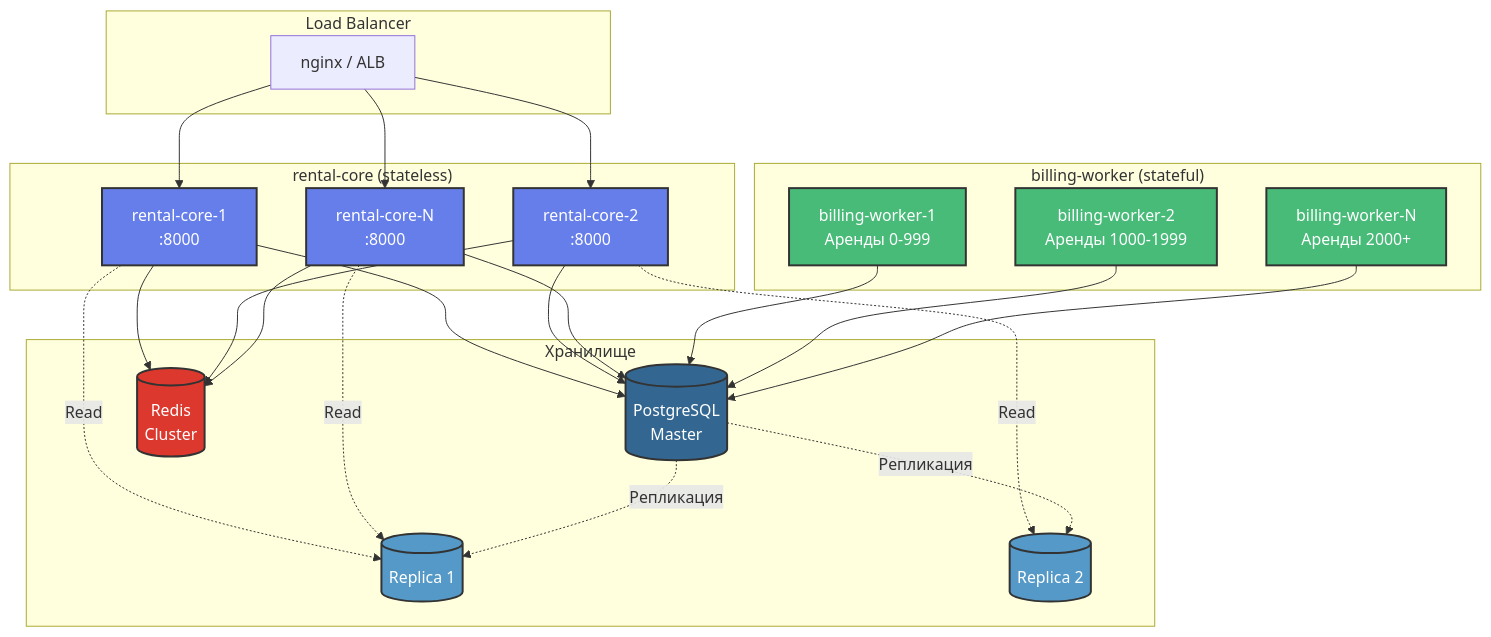
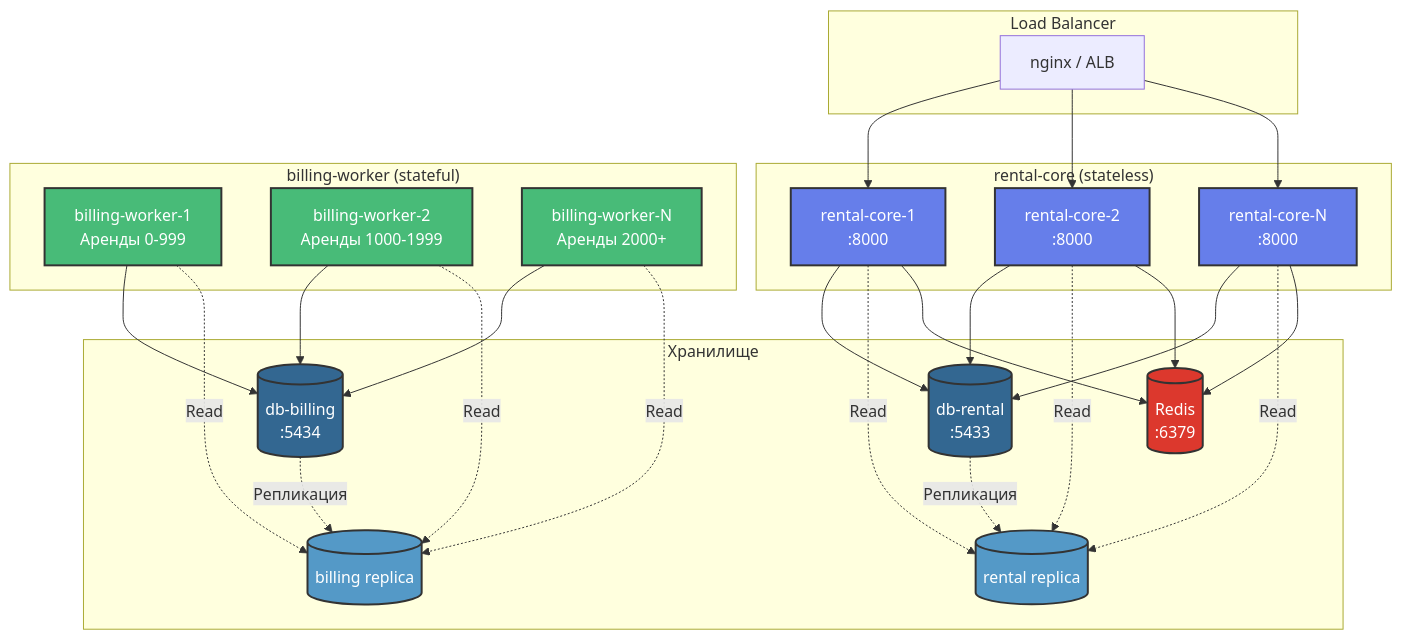
One commit to AlexanderExp/SysDesign-HW-1 changed the diagram in diagrams/06-scalability.md. Above: the diagram before and after it, drawn with Mermaid. The commit also changed other lines of this file and 6 other files, not shown here.

Commit message:
Updated diagrams

````diff
--- a/diagrams/06-scalability.md
+++ b/diagrams/06-scalability.md
@@ -13,59 +13,65 @@
 ```mermaid
 graph TB
     subgraph "Load Balancer"
         LB[nginx / ALB]
     end
     
     subgraph "rental-core (stateless)"
         RC1[rental-core-1<br/>:8000]
         RC2[rental-core-2<br/>:8000]
         RC3[rental-core-N<br/>:8000]
     end
     
     subgraph "billing-worker (stateful)"
         BW1[billing-worker-1<br/>Аренды 0-999]
         BW2[billing-worker-2<br/>Аренды 1000-1999]
         BW3[billing-worker-N<br/>Аренды 2000+]
     end
     
     subgraph "Хранилище"
-        PG[(PostgreSQL<br/>Master)]
-        PGR1[(Replica 1)]
-        PGR2[(Replica 2)]
-        RD[(Redis<br/>Cluster)]
+        PGR[(db-rental<br/>:5433)]
+        PGB[(db-billing<br/>:5434)]
+        PGRR[(rental replica)]
+        PGBR[(billing replica)]
+        RD[(Redis<br/>:6379)]
     end
     
     LB --> RC1
     LB --> RC2
     LB --> RC3
     
-    RC1 --> PG
-    RC2 --> PG
-    RC3 --> PG
+    RC1 --> PGR
+    RC2 --> PGR
+    RC3 --> PGR
     
-    RC1 -.->|Read| PGR1
-    RC2 -.->|Read| PGR2
-    RC3 -.->|Read| PGR1
+    RC1 -.->|Read| PGRR
+    RC2 -.->|Read| PGRR
+    RC3 -.->|Read| PGRR
     
     RC1 --> RD
     RC2 --> RD
     RC3 --> RD
     
-    BW1 --> PG
-    BW2 --> PG
-    BW3 --> PG
+    BW1 --> PGB
+    BW2 --> PGB
+    BW3 --> PGB
     
-    PG -.->|Репликация| PGR1
-    PG -.->|Репликация| PGR2
+    BW1 -.->|Read| PGBR
+    BW2 -.->|Read| PGBR
+    BW3 -.->|Read| PGBR
+    
+    PGR -.->|Репликация| PGRR
+    PGB -.->|Репликация| PGBR
     
     style RC1 fill:#667eea,stroke:#333,stroke-width:2px,color:#fff
     style RC2 fill:#667eea,stroke:#333,stroke-width:2px,color:#fff
     style RC3 fill:#667eea,stroke:#333,stroke-width:2px,color:#fff
     style BW1 fill:#48bb78,stroke:#333,stroke-width:2px,color:#fff
     style BW2 fill:#48bb78,stroke:#333,stroke-width:2px,color:#fff
     style BW3 fill:#48bb78,stroke:#333,stroke-width:2px,color:#fff
-    style PG fill:#336791,stroke:#333,stroke-width:2px,color:#fff
-    style PGR1 fill:#5499c7,stroke:#333,stroke-width:2px,color:#fff
-    style PGR2 fill:#5499c7,stroke:#333,stroke-width:2px,color:#fff
+    style PGR fill:#336791,stroke:#333,stroke-width:2px,color:#fff
+    style PGB fill:#336791,stroke:#333,stroke-width:2px,color:#fff
+    style PGRR fill:#5499c7,stroke:#333,stroke-width:2px,color:#fff
+    style PGBR fill:#5499c7,stroke:#333,stroke-width:2px,color:#fff
     style RD fill:#dc382d,stroke:#333,stroke-width:2px,color:#fff
 ```
````
